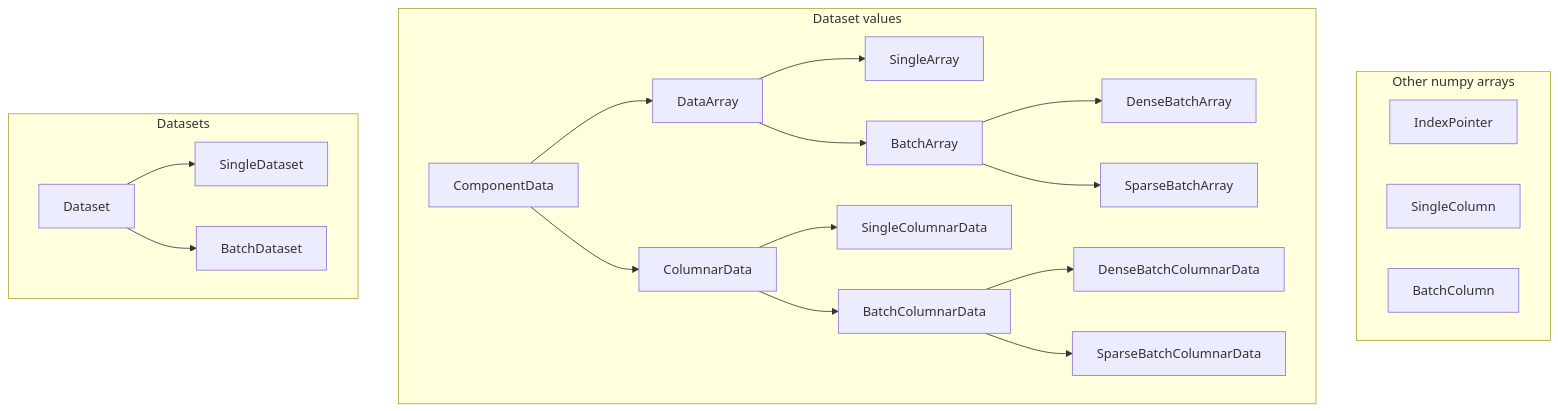
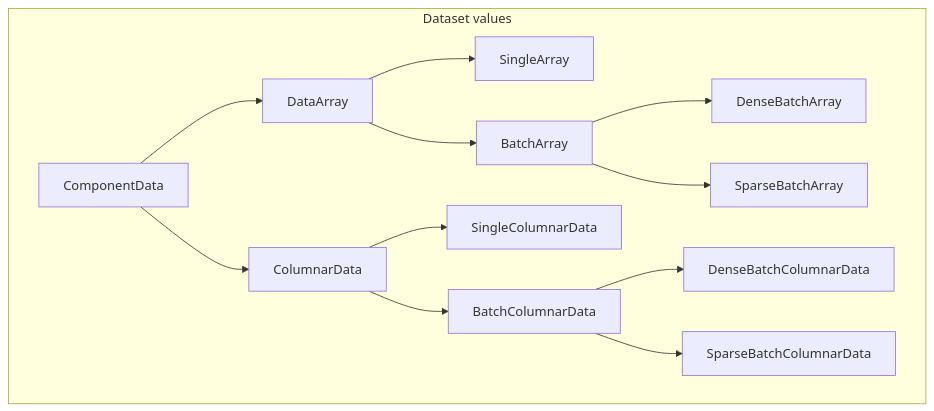
The second of 2 diagrams in docs/user_manual/dataset-terminology.md (PowerGridModel/power-grid-model), drawn with Mermaid before and after one commit.

Commit message:
move graphs

````diff
--- a/docs/user_manual/dataset-terminology.md
+++ b/docs/user_manual/dataset-terminology.md
@@ -13,53 +36,32 @@
 ```{mermaid}
 graph TD
-    subgraph Other numpy arrays
-    direction LR 
-    IndexPointer
-    SingleColumn
-    BatchColumn
-    end
-
     subgraph Dataset values
     ComponentData --> DataArray
     ComponentData --> ColumnarData
 
     DataArray --> SingleArray
     DataArray --> BatchArray
 
     BatchArray --> DenseBatchArray
     BatchArray --> SparseBatchArray
 
     ColumnarData --> SingleColumnarData
     ColumnarData --> BatchColumnarData
 
     BatchColumnarData --> DenseBatchColumnarData
     BatchColumnarData --> SparseBatchColumnarData
     end
 
-    subgraph Datasets
-    Dataset --> SingleDataset
-    Dataset --> BatchDataset
-    end
-
-
-    click Dataset href "../api_reference/python-api-reference.html#power_grid_model.data_types.Dataset"
-    click SingleDataset href "../api_reference/python-api-reference.html#power_grid_model.data_types.SingleDataset"
-    click BatchDataset href "../api_reference/python-api-reference.html#power_grid_model.data_types.BatchDataset"
-
     click ComponentData href "../api_reference/python-api-reference.html#power_grid_model.data_types.ComponentData"
     click DataArray href "../api_reference/python-api-reference.html#power_grid_model.data_types.DataArray"
     click ColumnarData href "../api_reference/python-api-reference.html#power_grid_model.data_types.ColumnarData"
     click SingleArray href "../api_reference/python-api-reference.html#power_grid_model.data_types.SingleArray"
     click BatchArray href "../api_reference/python-api-reference.html#power_grid_model.data_types.BatchArray"
     click DenseBatchArray href "../api_reference/python-api-reference.html#power_grid_model.data_types.DenseBatchArray"
     click SparseBatchArray href "../api_reference/python-api-reference.html#power_grid_model.data_types.SparseBatchArray"
     click SingleColumnarData href "../api_reference/python-api-reference.html#power_grid_model.data_types.SingleColumnarData"
     click BatchColumnarData href "../api_reference/python-api-reference.html#power_grid_model.data_types.BatchColumnarData"
     click DenseBatchColumnarData href "../api_reference/python-api-reference.html#power_grid_model.data_types.DenseBatchColumnarData"
     click SparseBatchColumnarData href "../api_reference/python-api-reference.html#power_grid_model.data_types.SparseBatchColumnarData"
 
-    click IndexPointer href "../api_reference/python-api-reference.html#power_grid_model.data_types.IndexPointer"
-    click SingleColumn href "../api_reference/python-api-reference.html#power_grid_model.data_types.SingleColumn"
-    click BatchColumn href "../api_reference/python-api-reference.html#power_grid_model.data_types.BatchColumn"
-
 ```
````
